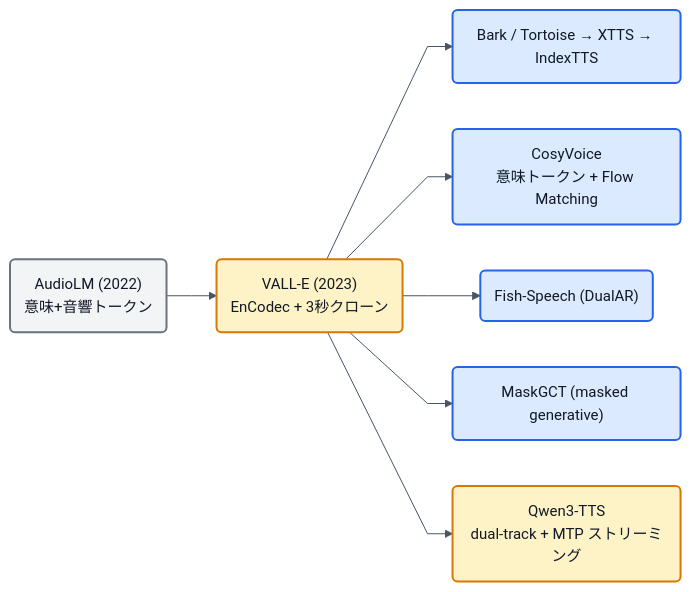
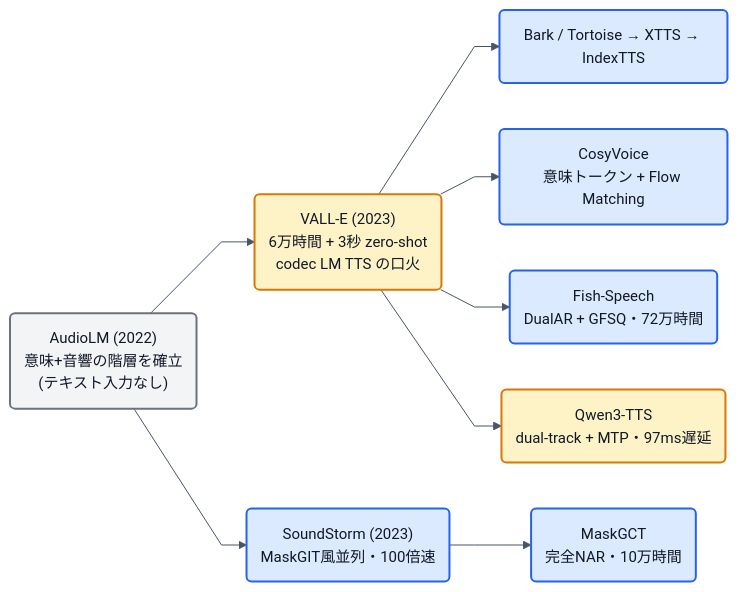
Before and after one commit to nnn112358/zenn_001: the third of 3 diagrams in articles/llm-tts-for-cats.md, drawn with Mermaid. The commit also changed other lines of this file and 1 other file, not shown here.

````diff
--- a/articles/llm-tts-for-cats.md
+++ b/articles/llm-tts-for-cats.md
@@ -88,13 +109,14 @@
 ```mermaid
 %%{init: {'theme':'base','themeVariables':{'lineColor':'#475569','fontFamily':'Noto Sans CJK JP, sans-serif','fontSize':'15px'},'flowchart':{'padding':14,'nodeSpacing':46,'rankSpacing':50,'curve':'linear'}}}%%
 flowchart LR
-    AL("AudioLM (2022)<br/>意味+音響トークン"):::gray --> VE("VALL-E (2023)<br/>EnCodec + 3秒クローン"):::amber
+    AL("AudioLM (2022)<br/>意味+音響の階層を確立<br/>(テキスト入力なし)"):::gray --> VE("VALL-E (2023)<br/>6万時間 + 3秒 zero-shot<br/>codec LM TTS の口火"):::amber
+    AL --> SS("SoundStorm (2023)<br/>MaskGIT風並列・100倍速"):::blue
     VE --> BARK("Bark / Tortoise → XTTS → IndexTTS"):::blue
     VE --> COSY("CosyVoice<br/>意味トークン + Flow Matching"):::blue
-    VE --> FISH("Fish-Speech (DualAR)"):::blue
-    VE --> MASK("MaskGCT (masked generative)"):::blue
-    VE --> QWEN("Qwen3-TTS<br/>dual-track + MTP ストリーミング"):::amber
+    VE --> FISH("Fish-Speech<br/>DualAR + GFSQ・72万時間"):::blue
+    SS --> MASK("MaskGCT<br/>完全NAR・10万時間"):::blue
+    VE --> QWEN("Qwen3-TTS<br/>dual-track + MTP・97ms遅延"):::amber
     classDef amber fill:#fef3c7,stroke:#d97706,stroke-width:2px,color:#111827
     classDef blue fill:#dbeafe,stroke:#2563eb,stroke-width:2px,color:#111827
     classDef gray fill:#f3f4f6,stroke:#6b7280,stroke-width:2px,color:#111827
 ```
````
